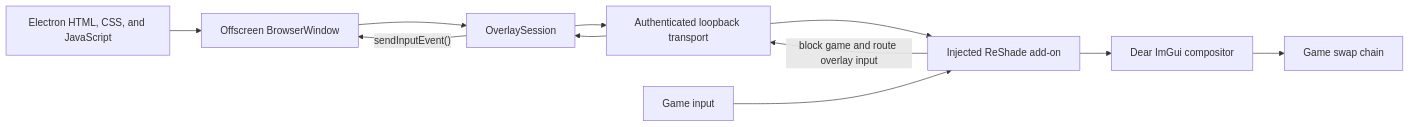
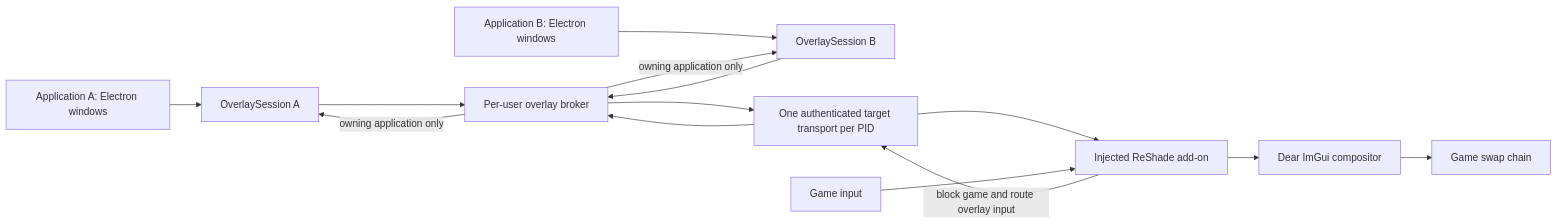
The diagram in README.md (Wurielle/electron-game-overlay), drawn with Mermaid before and after one commit. The commit also changed other lines of this file and 26 other files, not shown here.

````diff
--- a/README.md
+++ b/README.md
@@ -39,14 +40,17 @@
 ```mermaid
 flowchart LR
-  Page["Electron HTML, CSS, and JavaScript"] --> OSR["Offscreen BrowserWindow"]
-  OSR --> Session["OverlaySession"]
-  Session --> Transport["Authenticated loopback transport"]
+  PageA["Application A: Electron windows"] --> SessionA["OverlaySession A"]
+  PageB["Application B: Electron windows"] --> SessionB["OverlaySession B"]
+  SessionA --> Broker["Per-user overlay broker"]
+  SessionB --> Broker
+  Broker --> Transport["One authenticated target transport per PID"]
   Transport --> Addon["Injected ReShade add-on"]
   Addon --> ImGui["Dear ImGui compositor"]
   ImGui --> Game["Game swap chain"]
 
   GameInput["Game input"] --> Addon
   Addon -->|"block game and route overlay input"| Transport
-  Transport --> Session
-  Session -->|"sendInputEvent()"| OSR
+  Transport --> Broker
+  Broker -->|"owning application only"| SessionA
+  Broker -->|"owning application only"| SessionB
 ```
````
